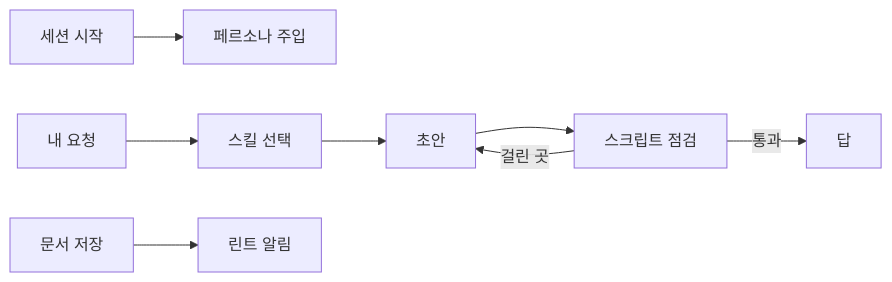
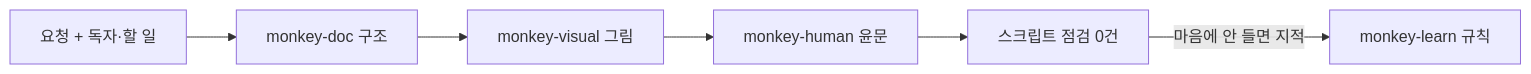
Before and after one commit to polyglot-k/im-a-monkey: the diagram in README.md, drawn with Mermaid. The commit also changed other lines of this file and 30 other files, not shown here.

````diff
--- a/README.md
+++ b/README.md
@@ -129,10 +69,8 @@
 ```mermaid
 flowchart LR
-  A[세션 시작] --> B[페르소나 주입]
-  C[내 요청] --> D[스킬 선택]
-  D --> E[초안]
-  E --> F[스크립트 점검]
-  F -- 걸린 곳 --> E
-  F -- 통과 --> G[답]
-  H[문서 저장] --> I[린트 알림]
+  A[요청 + 독자·할 일] --> B[monkey-doc 구조]
+  B --> C[monkey-visual 그림]
+  C --> D[monkey-human 윤문]
+  D --> E[스크립트 점검 0건]
+  E -- 마음에 안 들면 지적 --> F[monkey-learn 규칙]
 ```
````
